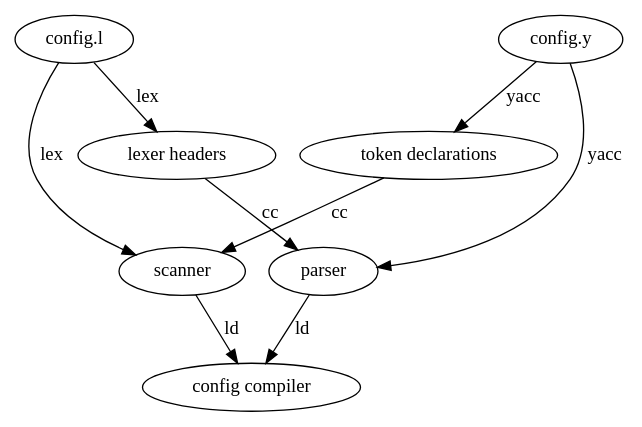
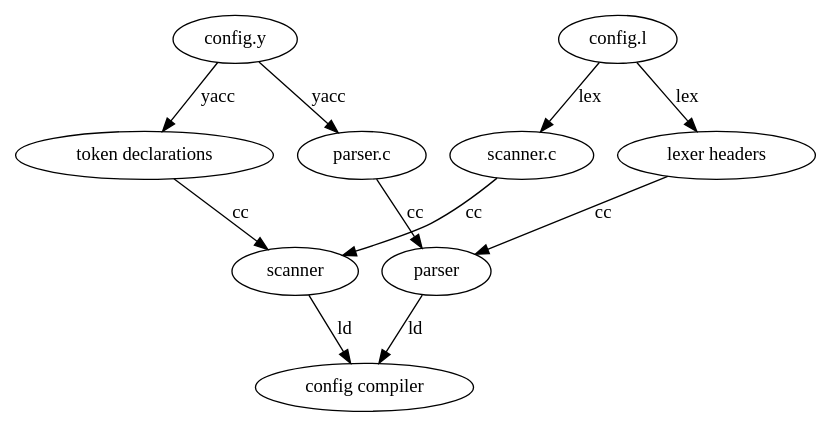
The diagram in graphs/lex_yacc_dependencies.dot (caltry/xinu-writeup), drawn with Graphviz before and after one commit. The commit also changed 1 other file, not shown here.

Commit message:
A more accurate dependency graph for lex/yacc

```diff
--- a/graphs/lex_yacc_dependencies.dot
+++ b/graphs/lex_yacc_dependencies.dot
@@ -1,28 +1,32 @@
 digraph G {
     //rank = same;
     //rankdir = LR;
     //node[shape = record];
     
     confl [label = "config.l"];
     confy [label = "config.y"];
     lexyyh [label = "lexer headers"];
     ytabh [label = "token declarations"];
+    scannerc [label = "scanner.c"];
+    parserc [label = "parser.c"];
     scanner[label = "scanner"];
     parser[label = "parser"];
     compiler[label = "config compiler"];
 
     //yacc -> scanner [label = "y.tab.h"]
     //lex -> parser [label = "lex.yy.h"];
     //lex -> scanner [label = "codegen"];
     //yacc -> parser [label = "codegen"];
 
-    confl -> scanner [label = "lex"];
+    confl -> scannerc [label = "lex"];
     confl -> lexyyh [label = "lex"];
-    confy -> parser [label = "yacc"];
+    confy -> parserc [label = "yacc"];
     confy -> ytabh [label = "yacc"];
+    scannerc -> scanner [label = "cc"];
+    parserc -> parser [label = "cc"];
     lexyyh -> parser [label = "cc"];
     ytabh -> scanner [label = "cc"];
 
     scanner -> compiler [label = "ld"];
     parser -> compiler [label = "ld"];
 }
```
